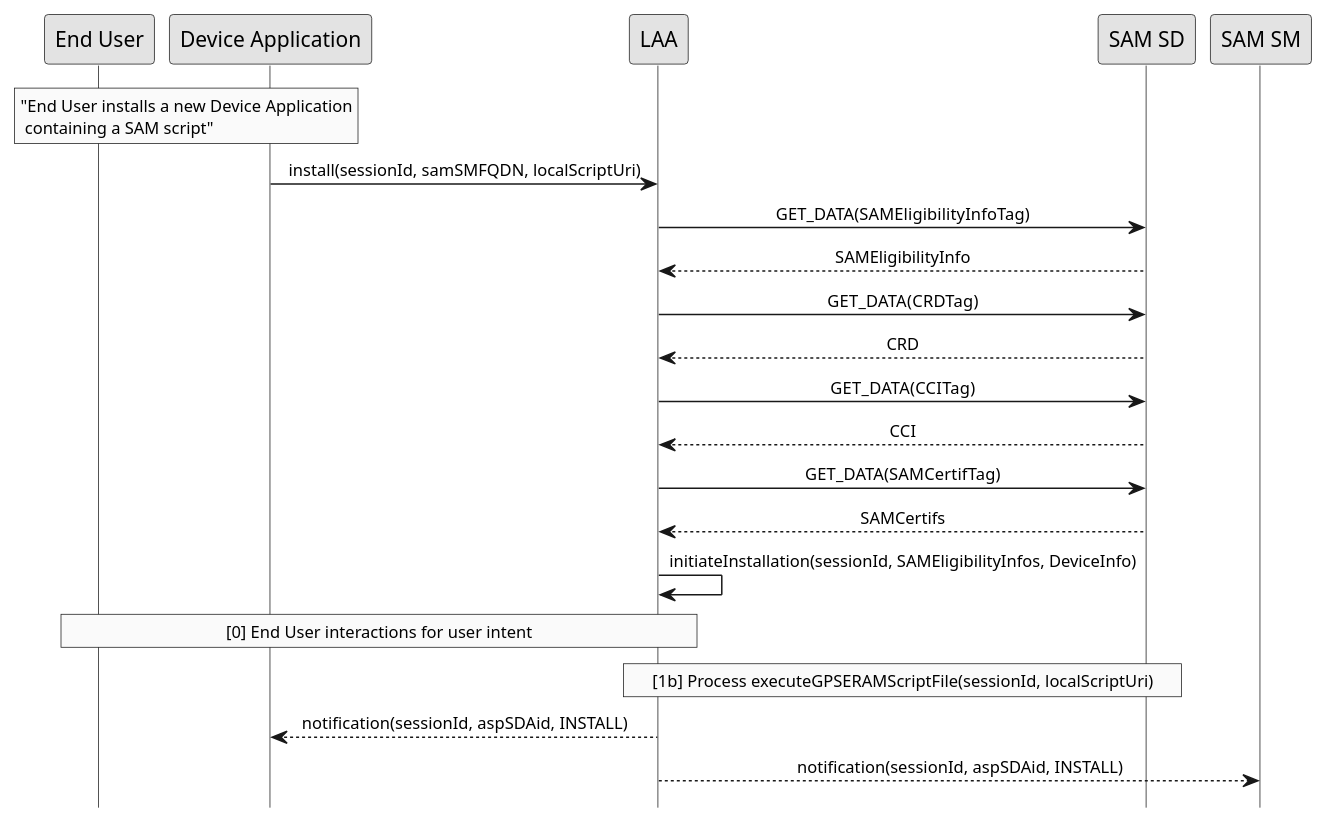
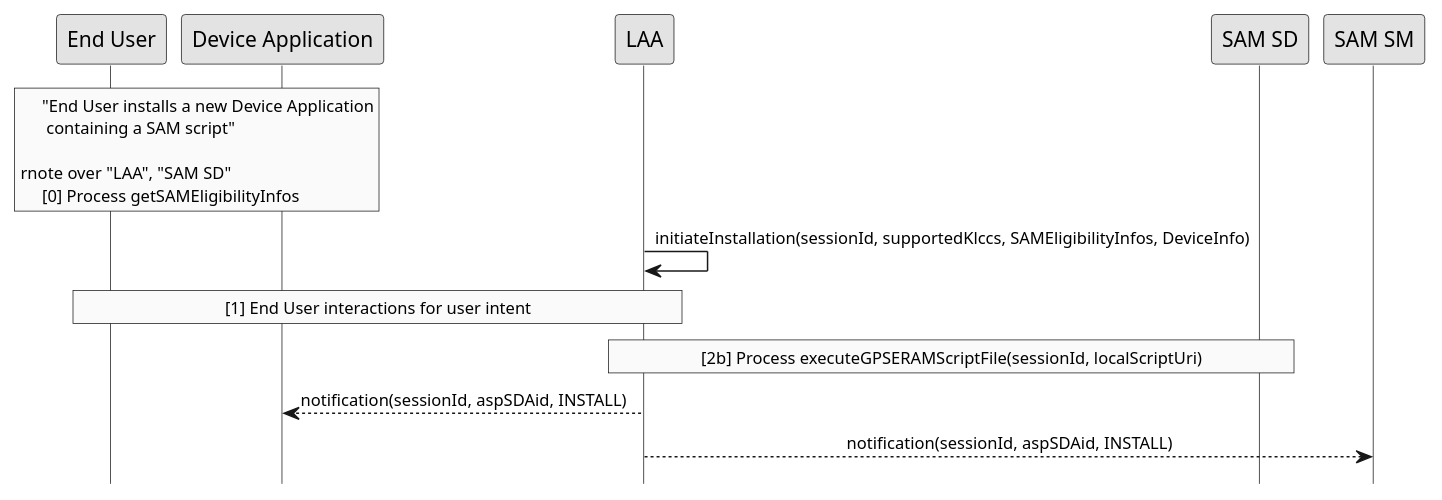
One commit to gaelrgerard/laa changed the diagram in doc/uml/install-local.pu. Above: the diagram before and after it, drawn with PlantUML. The commit also changed 6 other files, not shown here.

```diff
--- a/doc/uml/install-local.pu
+++ b/doc/uml/install-local.pu
@@ -1,38 +1,32 @@
 @startuml
  
 hide footbox
 skinparam sequenceMessageAlign center
 skinparam sequenceArrowFontSize 11
 skinparam noteFontSize 11
 skinparam monochrome true
 skinparam lifelinestrategy solid
 
 
 rnote over "End User", "Device Application"
      "End User installs a new Device Application
       containing a SAM script"
+
+rnote over "LAA", "SAM SD"
+     [0] Process getSAMEligibilityInfos
 end rnote
 
-"Device Application" -> LAA : install(sessionId, samSMFQDN, localScriptUri)
-LAA -> "SAM SD" : GET_DATA(SAMEligibilityInfoTag)
-"SAM SD" --> LAA : SAMEligibilityInfo  
-LAA -> "SAM SD" : GET_DATA(CRDTag)
-"SAM SD" --> LAA : CRD
-LAA -> "SAM SD" : GET_DATA(CCITag)
-"SAM SD" --> LAA : CCI
-LAA -> "SAM SD" : GET_DATA(SAMCertifTag)
-"SAM SD" --> LAA : SAMCertifs
-"LAA" -> "LAA" : initiateInstallation(sessionId, SAMEligibilityInfos, DeviceInfo) 
- 
+"LAA" -> "LAA" : initiateInstallation(sessionId, supportedKlccs, SAMEligibilityInfos, DeviceInfo)
+
 rnote over "LAA", "End User"
-     [0] End User interactions for user intent
+     [1] End User interactions for user intent
 end rnote
 
 rnote over "LAA", "SAM SD"
-     [1b] Process executeGPSERAMScriptFile(sessionId, localScriptUri)
+     [2b] Process executeGPSERAMScriptFile(sessionId, localScriptUri)
 end rnote
  
 LAA --> "Device Application" : notification(sessionId, aspSDAid, INSTALL)
  
 LAA --> "SAM SM" : notification(sessionId, aspSDAid, INSTALL)
 @enduml
```
